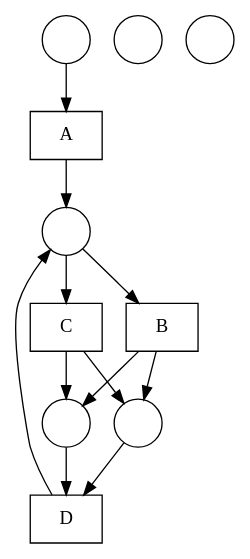
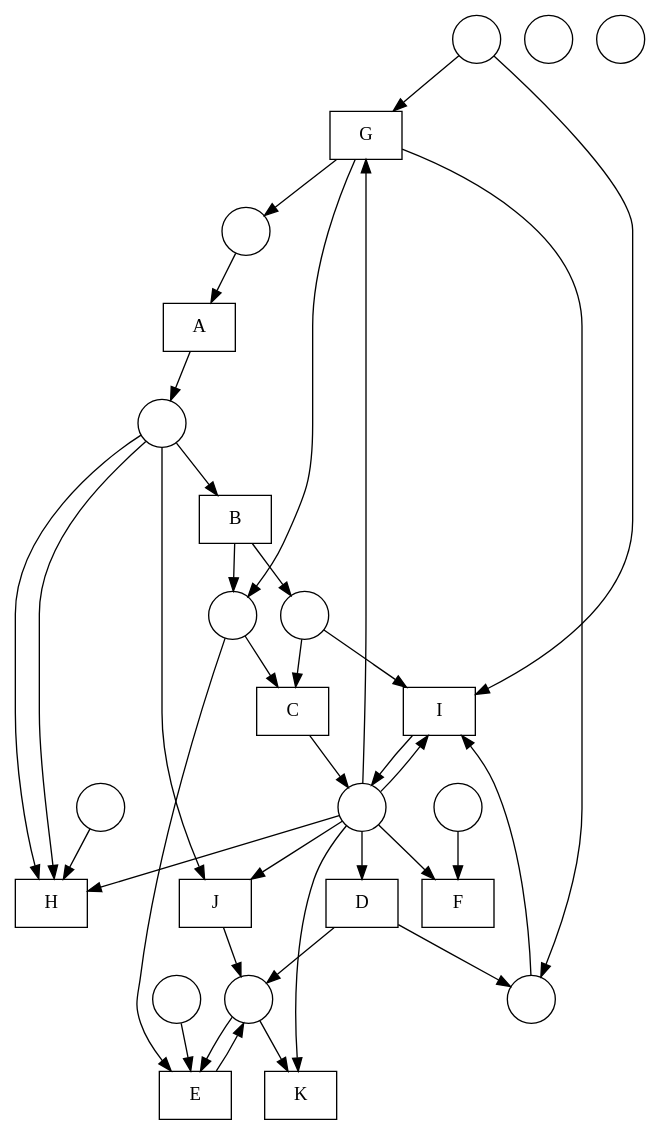
The diagram in nets/Fittest net.gv (DWitek97/GeneticMiner), drawn with Graphviz before and after one commit. The commit also changed 6 other files, not shown here.

```diff
--- a/nets/Fittest net.gv
+++ b/nets/Fittest net.gv
@@ -1,25 +1,64 @@
 digraph "Fittest net" {
 	node [shape=box]
+	G [label=G]
+	J [label=J]
+	B [label=B]
+	I [label=I]
+	H [label=H]
+	C [label=C]
+	E [label=E]
 	A [label=A]
-	B [label=B]
+	F [label=F]
+	K [label=K]
 	D [label=D]
-	C [label=C]
 	node [shape=circle]
 	1 [label=" "]
 	2 [label=" "]
 	3 [label=" "]
 	4 [label=" "]
 	5 [label=" "]
 	6 [label=" "]
+	7 [label=" "]
+	8 [label=" "]
+	9 [label=" "]
+	10 [label=" "]
+	11 [label=" "]
+	12 [label=" "]
+	13 [label=" "]
+	6 -> G
+	11 -> G
+	G -> 1
+	G -> 10
+	G -> 5
+	11 -> J
+	4 -> J
+	J -> 2
+	4 -> B
+	B -> 3
+	B -> 10
+	3 -> I
+	6 -> I
+	11 -> I
+	5 -> I
+	I -> 11
+	8 -> H
+	4 -> H
+	11 -> H
+	4 -> H
+	10 -> C
+	3 -> C
+	C -> 11
+	7 -> E
+	2 -> E
+	10 -> E
+	E -> 2
 	1 -> A
-	A -> 6
-	6 -> B
-	B -> 2
-	B -> 5
-	2 -> D
-	5 -> D
-	D -> 6
-	6 -> C
-	C -> 2
-	C -> 5
+	A -> 4
+	9 -> F
+	11 -> F
+	11 -> K
+	2 -> K
+	11 -> D
+	D -> 5
+	D -> 2
 }
```
